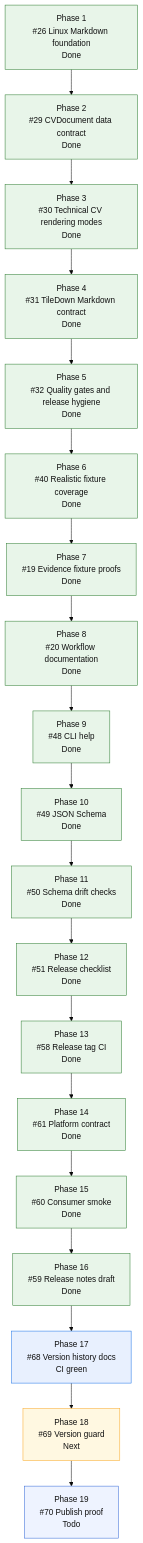
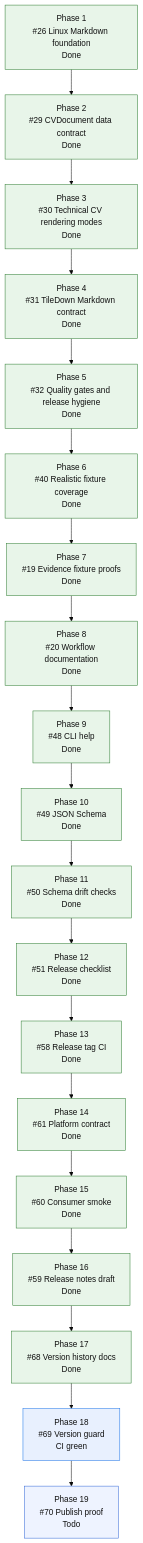
Before and after one commit to mihaelamj/cvbuilder: the diagram in README.md, drawn with Mermaid (base theme). The commit also changed other lines of this file and 7 other files, not shown here.

First line of the commit message:
ci(release): add release version guard

````diff
--- a/README.md
+++ b/README.md
@@ -169,36 +169,36 @@
 ```mermaid
 flowchart TD
     P1["Phase 1<br/>#26 Linux Markdown foundation<br/>Done"]
     P2["Phase 2<br/>#29 CVDocument data contract<br/>Done"]
     P3["Phase 3<br/>#30 Technical CV rendering modes<br/>Done"]
     P4["Phase 4<br/>#31 TileDown Markdown contract<br/>Done"]
     P5["Phase 5<br/>#32 Quality gates and release hygiene<br/>Done"]
     P6["Phase 6<br/>#40 Realistic fixture coverage<br/>Done"]
     P7["Phase 7<br/>#19 Evidence fixture proofs<br/>Done"]
     P8["Phase 8<br/>#20 Workflow documentation<br/>Done"]
     P9["Phase 9<br/>#48 CLI help<br/>Done"]
     P10["Phase 10<br/>#49 JSON Schema<br/>Done"]
     P11["Phase 11<br/>#50 Schema drift checks<br/>Done"]
     P12["Phase 12<br/>#51 Release checklist<br/>Done"]
     P13["Phase 13<br/>#58 Release tag CI<br/>Done"]
     P14["Phase 14<br/>#61 Platform contract<br/>Done"]
     P15["Phase 15<br/>#60 Consumer smoke<br/>Done"]
     P16["Phase 16<br/>#59 Release notes draft<br/>Done"]
-    P17["Phase 17<br/>#68 Version history docs<br/>CI green"]
-    P18["Phase 18<br/>#69 Version guard<br/>Next"]
+    P17["Phase 17<br/>#68 Version history docs<br/>Done"]
+    P18["Phase 18<br/>#69 Version guard<br/>CI green"]
     P19["Phase 19<br/>#70 Publish proof<br/>Todo"]
 
     P1 --> P2 --> P3 --> P4 --> P5 --> P6 --> P7 --> P8 --> P9 --> P10 --> P11 --> P12 --> P13 --> P14 --> P15 --> P16 --> P17 --> P18 --> P19
 
     classDef done fill:#e8f5e9,stroke:#2e7d32,color:#111;
     classDef active fill:#fff3e0,stroke:#ef6c00,color:#111;
     classDef review fill:#e8f0fe,stroke:#1a73e8,color:#111;
     classDef next fill:#fff8e1,stroke:#f9a825,color:#111;
     classDef partial fill:#e0f7fa,stroke:#00838f,color:#111;
     classDef todo fill:#eef3ff,stroke:#3367d6,color:#111;
     class P1,P2,P3,P4 done;
     class P5,P6,P7,P8,P9,P10,P11,P12,P13,P14,P15,P16 done;
-    class P17 review;
-    class P18 next;
+    class P17 done;
+    class P18 review;
     class P19 todo;
 ```
````
